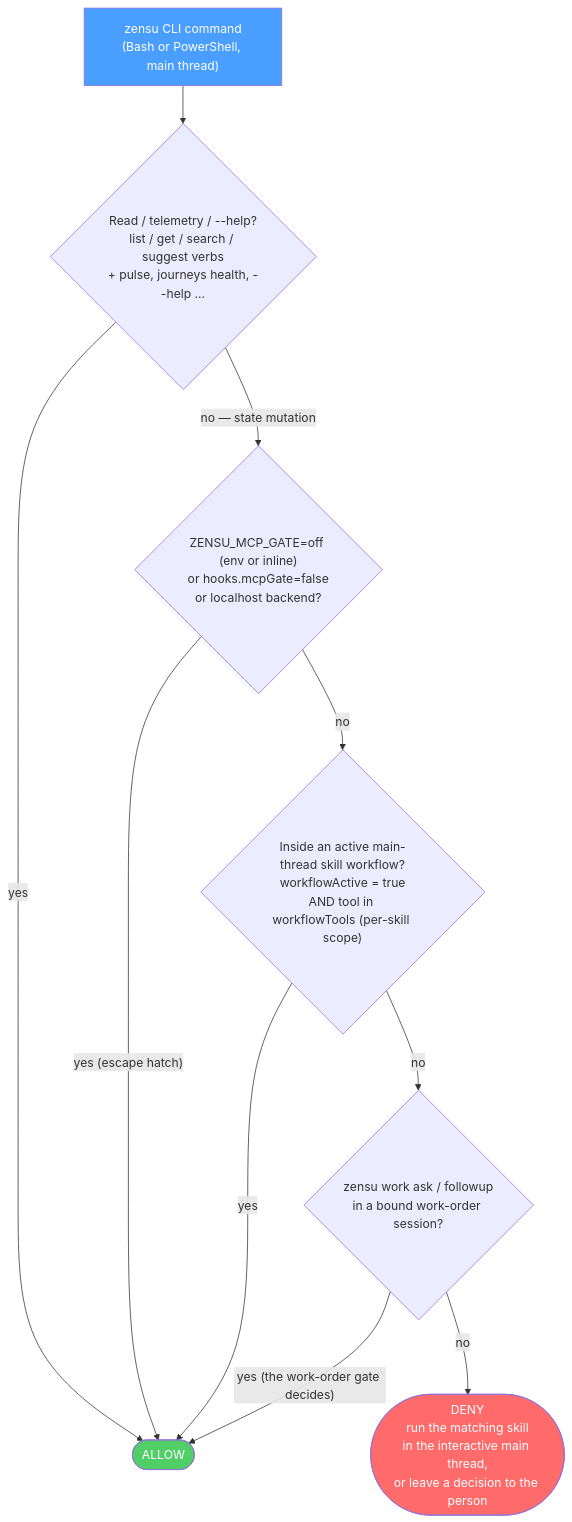
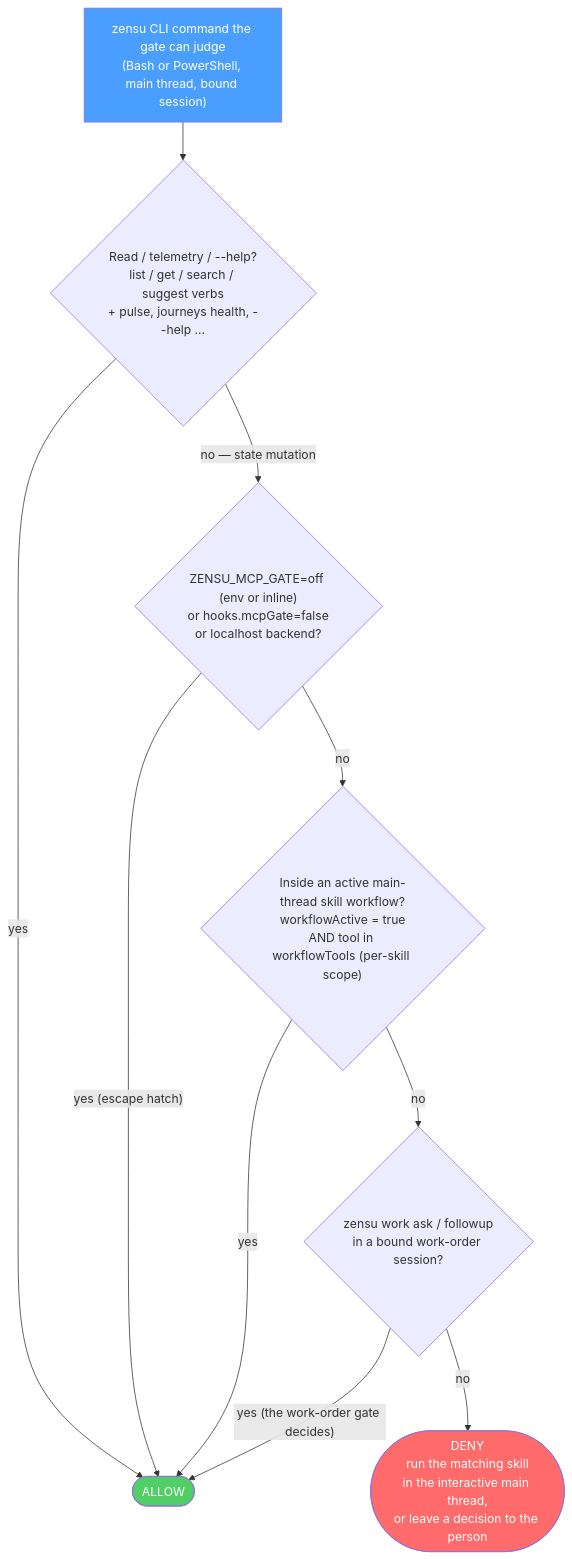
One commit to MKITConsulting/zensu-claude-code changed the diagram in docs/gates.md. Above: the diagram before and after it, drawn with Mermaid. The commit also changed other lines of this file and 53 other files, not shown here.

First line of the commit message:
fix(hooks): correct opt-in gate texts and harden the CLI write-gate (#536)

````diff
--- a/docs/gates.md
+++ b/docs/gates.md
@@ -141,16 +165,16 @@
 ```mermaid
 flowchart TD
-    A["zensu CLI command<br/>(Bash or PowerShell, main thread)"] --> B{"Read / telemetry / --help?<br/>list / get / search / suggest verbs<br/>+ pulse, journeys health, --help …"}
+    A["zensu CLI command the gate can judge<br/>(Bash or PowerShell, main thread, bound session)"] --> B{"Read / telemetry / --help?<br/>list / get / search / suggest verbs<br/>+ pulse, journeys health, --help …"}
     B -->|"yes"| ALLOW(["ALLOW"])
     B -->|"no — state mutation"| C{"ZENSU_MCP_GATE=off (env or inline)<br/>or hooks.mcpGate=false<br/>or localhost backend?"}
     C -->|"yes (escape hatch)"| ALLOW
     C -->|"no"| E{"Inside an active main-thread skill workflow?<br/>workflowActive = true<br/>AND tool in workflowTools (per-skill scope)"}
     E -->|"yes"| ALLOW
     E -->|"no"| W{"zensu work ask / followup<br/>in a bound work-order session?"}
     W -->|"yes (the work-order gate decides)"| ALLOW
     W -->|"no"| DENY(["DENY<br/>run the matching skill<br/>in the interactive main thread,<br/>or leave a decision to the person"])
 
     style A fill:#4a9eff,color:#fff
     style ALLOW fill:#51cf66,color:#fff
     style DENY fill:#ff6b6b,color:#fff
 ```
````
